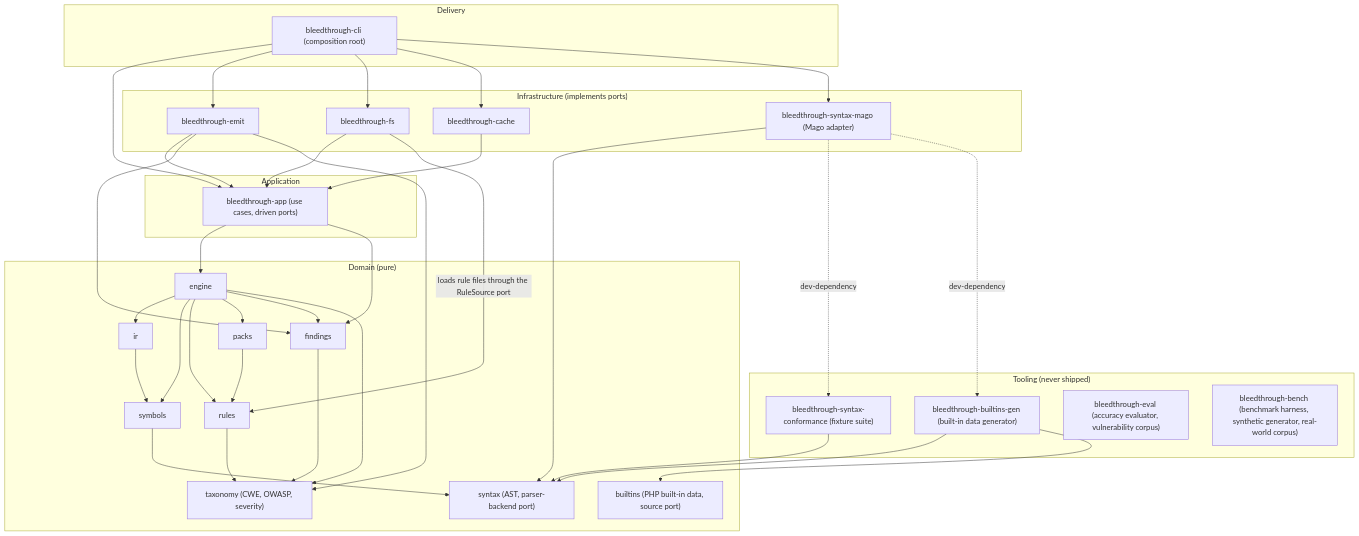
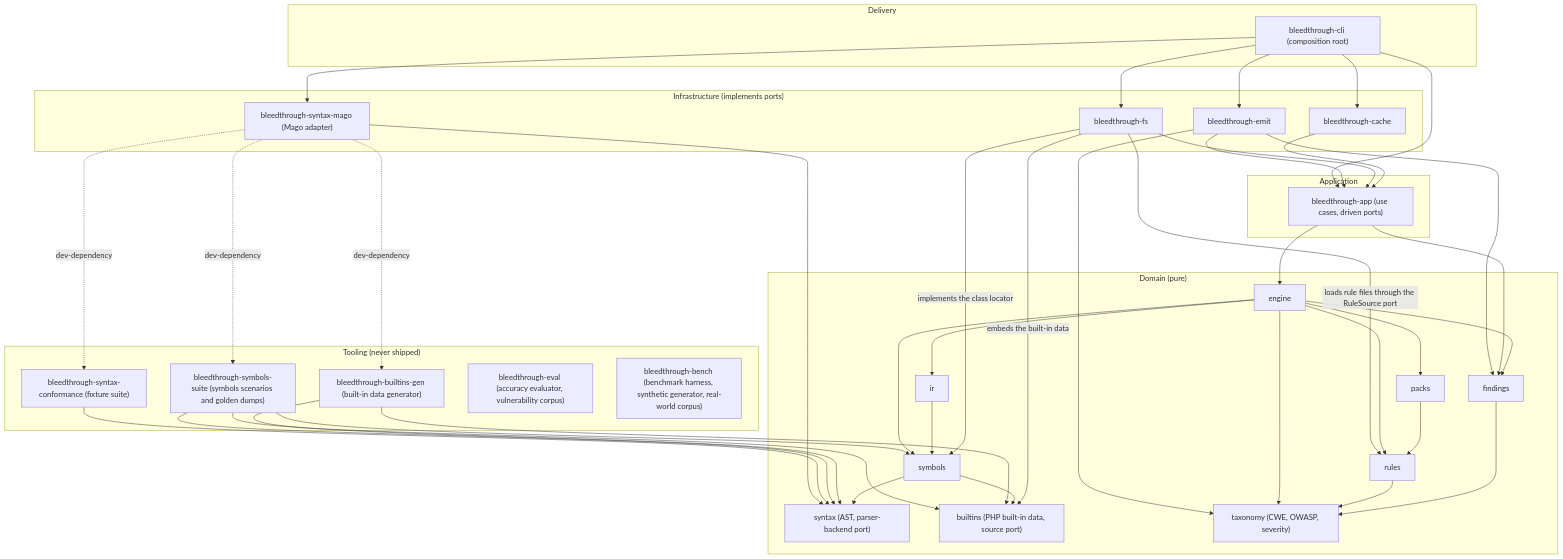
One commit to MisterIcy/bleedthrough changed the diagram in docs/architecture.md. Above: the diagram before and after it, drawn with Mermaid. The commit also changed other lines of this file and 79 other files, not shown here.

````diff
--- a/docs/architecture.md
+++ b/docs/architecture.md
@@ -8,62 +8,70 @@
 ```mermaid
 flowchart TB
   subgraph DELIVERY["Delivery"]
     cli["bleedthrough-cli (composition root)"]
   end
   subgraph INFRA["Infrastructure (implements ports)"]
     emit["bleedthrough-emit"]
     fs["bleedthrough-fs"]
     cache["bleedthrough-cache"]
     mago["bleedthrough-syntax-mago (Mago adapter)"]
   end
   subgraph TOOLING["Tooling (never shipped)"]
     conformance["bleedthrough-syntax-conformance (fixture suite)"]
     gen["bleedthrough-builtins-gen (built-in data generator)"]
+    suite["bleedthrough-symbols-suite (symbols scenarios and golden dumps)"]
     eval["bleedthrough-eval (accuracy evaluator, vulnerability corpus)"]
     bench["bleedthrough-bench (benchmark harness, synthetic generator, real-world corpus)"]
   end
   subgraph APP["Application"]
     app["bleedthrough-app (use cases, driven ports)"]
   end
   subgraph DOMAIN["Domain (pure)"]
     engine["engine"]
     ir["ir"]
     symbols["symbols"]
     syntax["syntax (AST, parser-backend port)"]
     builtins["builtins (PHP built-in data, source port)"]
     rules["rules"]
     packs["packs"]
     findings["findings"]
     taxonomy["taxonomy (CWE, OWASP, severity)"]
   end
   cli --> app
   cli --> emit
   cli --> fs
   cli --> cache
   cli --> mago
   emit --> app
   fs --> app
   fs -->|loads rule files through the RuleSource port| rules
   emit --> findings
   emit --> taxonomy
   cache --> app
   mago --> syntax
   mago -. dev-dependency .-> conformance
   conformance --> syntax
   mago -. dev-dependency .-> gen
+  mago -. dev-dependency .-> suite
+  suite --> syntax
+  suite --> symbols
+  suite --> builtins
   gen --> syntax
   gen --> builtins
   app --> engine
   app --> findings
   engine --> ir
   engine --> symbols
   engine --> rules
   engine --> packs
   engine --> findings
   engine --> taxonomy
   rules --> taxonomy
   findings --> taxonomy
   ir --> symbols
   symbols --> syntax
+  symbols --> builtins
+  fs -->|implements the class locator| symbols
+  fs -->|embeds the built-in data| builtins
   packs --> rules
 ```
````
